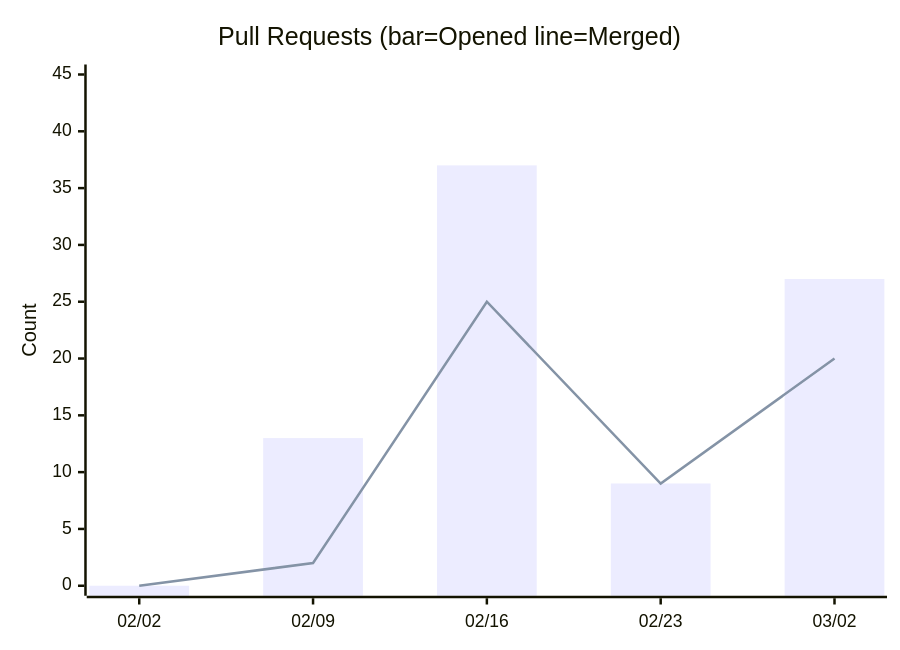
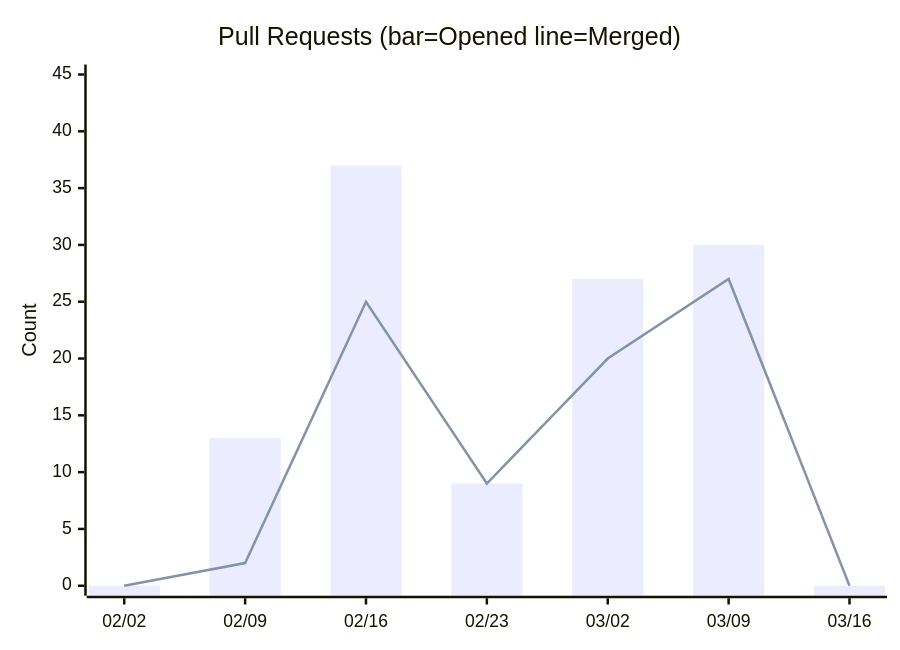
Before and after one commit to nablarch/nabledge-dev: the sixth of 11 diagrams in docs/metrics.md, drawn with Mermaid. The commit also changed other lines of this file, not shown here.

````diff
--- a/docs/metrics.md
+++ b/docs/metrics.md
@@ -75,8 +75,8 @@
 ```mermaid
 xychart-beta
   title "Pull Requests (bar=Opened  line=Merged)"
-  x-axis ["02/02", "02/09", "02/16", "02/23", "03/02"]
+  x-axis ["02/02", "02/09", "02/16", "02/23", "03/02", "03/09", "03/16"]
   y-axis "Count" 0 --> 45
-  bar [0, 13, 37, 9, 27]
-  line [0, 2, 25, 9, 20]
+  bar [0, 13, 37, 9, 27, 30, 0]
+  line [0, 2, 25, 9, 20, 27, 0]
 ```
````
